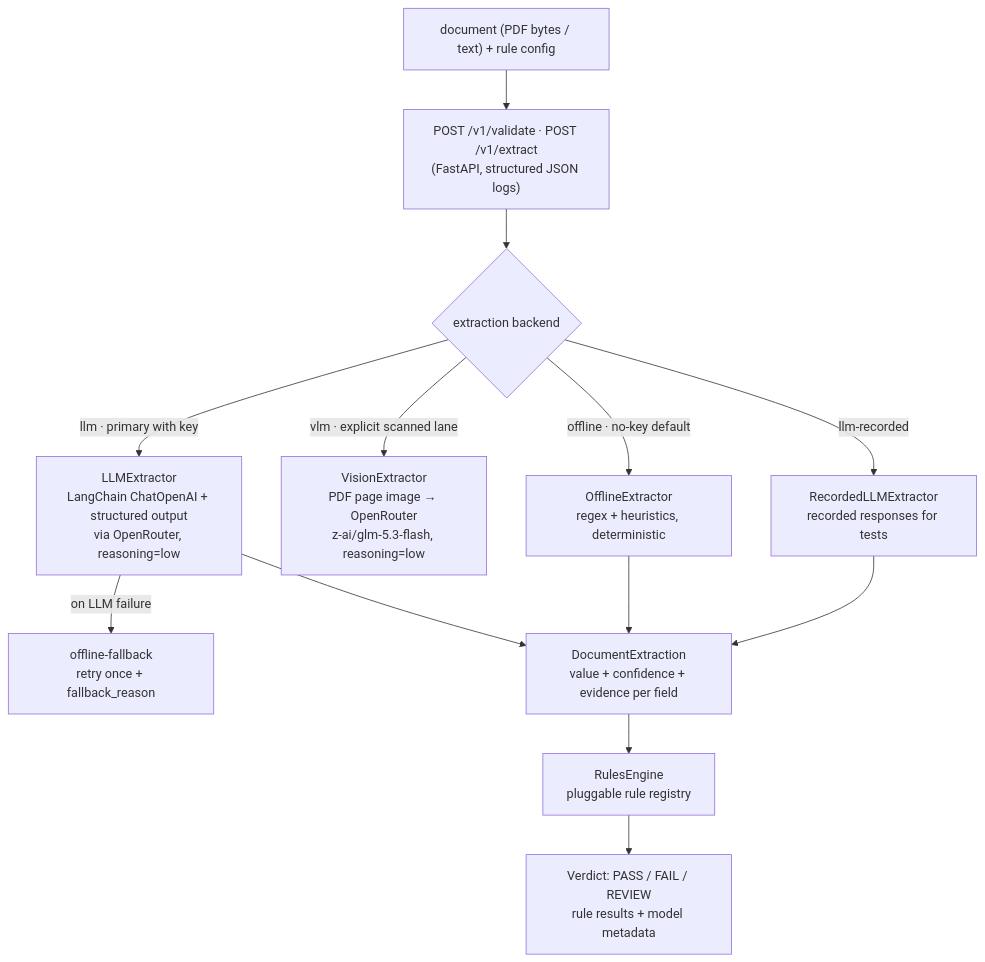
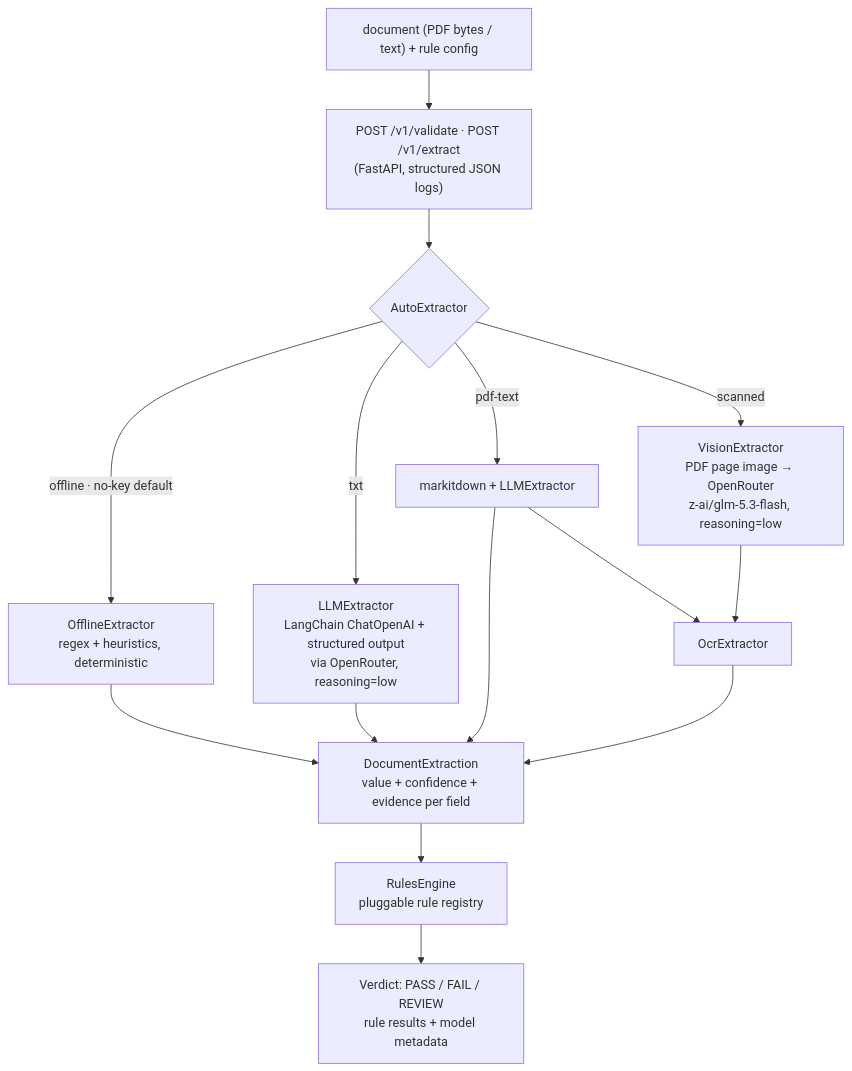
Before and after one commit to PedroOrtix/ai-document-validator: the diagram in README.md, drawn with Mermaid. The commit also changed other lines of this file and 4 other files, not shown here.

Commit message:
feat(api): auto extraction backend as default with key, drop silent offline fallback

````diff
--- a/README.md
+++ b/README.md
@@ -172,15 +168,15 @@
 ```mermaid
 flowchart TD
     A["document (PDF bytes / text) + rule config"] --> B["POST /v1/validate · POST /v1/extract<br/>(FastAPI, structured JSON logs)"]
-    B --> C{extraction backend}
-  C -->|llm · primary with key| E["LLMExtractor<br/>LangChain ChatOpenAI + structured output<br/>via OpenRouter, reasoning=low"]
-  C -->|vlm · explicit scanned lane| E2["VisionExtractor<br/>PDF page image → OpenRouter<br/>z-ai/glm-5.3-flash, reasoning=low"]
+    B --> C{AutoExtractor}
+    C -->|txt| E["LLMExtractor<br/>LangChain ChatOpenAI + structured output<br/>via OpenRouter, reasoning=low"]
+    C -->|pdf-text| T["markitdown + LLMExtractor"] --> OCR["OcrExtractor"]
+    C -->|scanned| E2["VisionExtractor<br/>PDF page image → OpenRouter<br/>z-ai/glm-5.3-flash, reasoning=low"] --> OCR
     C -->|offline · no-key default| D["OfflineExtractor<br/>regex + heuristics, deterministic"]
-    E -->|on LLM failure| D2["offline-fallback<br/>retry once + fallback_reason"]
-    C -->|llm-recorded| F["RecordedLLMExtractor<br/>recorded responses for tests"]
     D --> G["DocumentExtraction<br/>value + confidence + evidence per field"]
     E --> G
-    F --> G
+    T --> G
+    OCR --> G
     G --> H["RulesEngine<br/>pluggable rule registry"]
     H --> I["Verdict: PASS / FAIL / REVIEW<br/>rule results + model metadata"]
 ```
````
